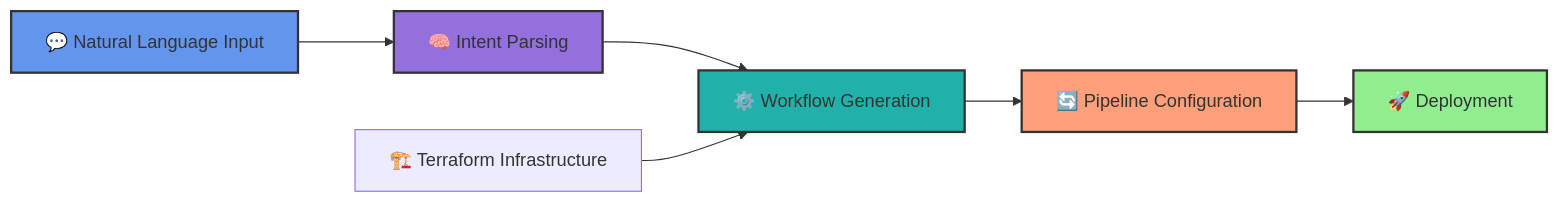
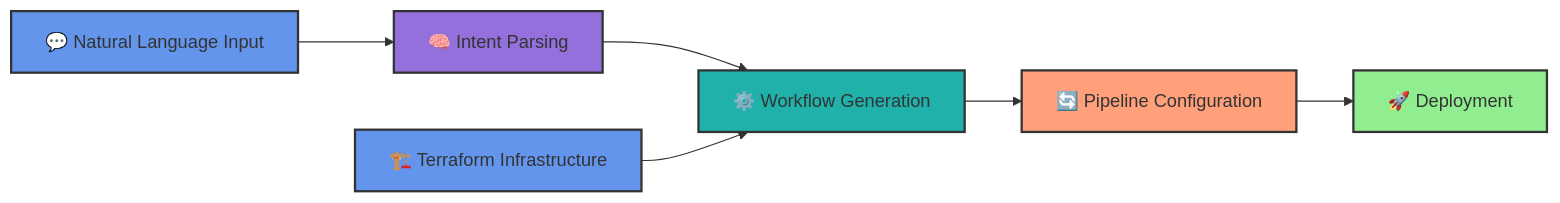
Before and after one commit to Stratisail/.github: the diagram in profile/README.md, drawn with Mermaid.

Commit message:
add colour

````diff
--- a/profile/README.md
+++ b/profile/README.md
@@ -17,14 +17,15 @@
 ```mermaid
 graph LR
     A[💬 Natural Language Input] --> B[🧠 Intent Parsing]
     B --> C[⚙️ Workflow Generation]
     F[🏗️ Terraform Infrastructure] --> C
     C --> D[🔄 Pipeline Configuration]
     D --> E[🚀 Deployment]
         
     style A fill:#6495ED,stroke:#333,stroke-width:2px
     style B fill:#9370DB,stroke:#333,stroke-width:2px
     style C fill:#20B2AA,stroke:#333,stroke-width:2px
     style D fill:#FFA07A,stroke:#333,stroke-width:2px
     style E fill:#90EE90,stroke:#333,stroke-width:2px
+    style F fill:#6495ED,stroke:#333,stroke-width:2px
 ```
````
